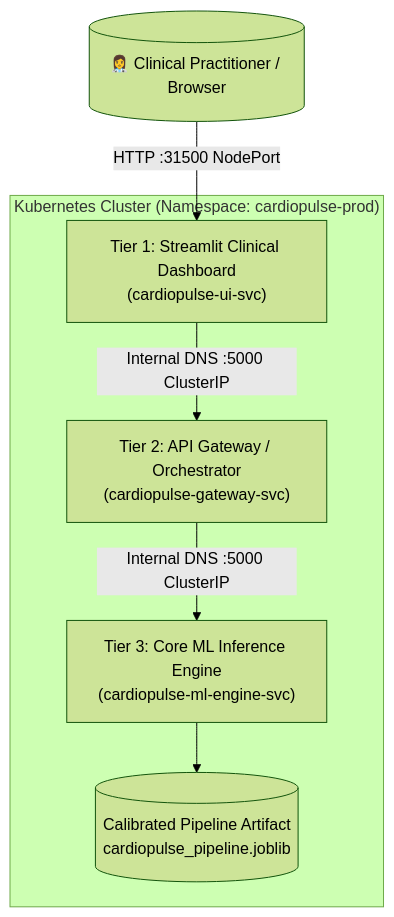
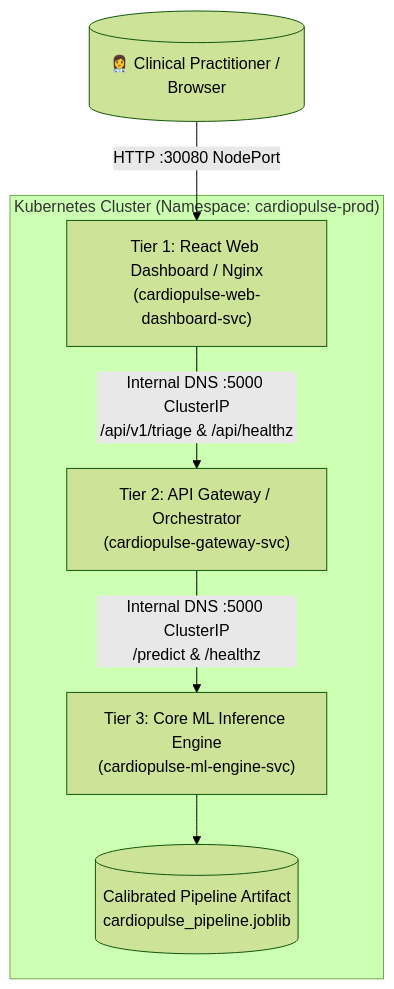
Before and after one commit to JayKalbi/CardioPulse-K8s: the diagram in README.md, drawn with Mermaid (forest theme). The commit also changed other lines of this file and 19 other files, not shown here.

Commit message:
docs: update README with React web dashboard, local dev instructions, and sync codebase

````diff
--- a/README.md
+++ b/README.md
@@ -23,11 +25,11 @@
 ```mermaid
 graph TD
-    Client[("👩‍⚕️ Clinical Practitioner / Browser")] -->|HTTP :31500 NodePort| UI["Tier 1: Streamlit Clinical Dashboard\n(cardiopulse-ui-svc)"]
+    Client[("👩‍⚕️ Clinical Practitioner / Browser")] -->|HTTP :30080 NodePort| UI["Tier 1: React Web Dashboard / Nginx\n(cardiopulse-web-dashboard-svc)"]
     
     subgraph "Kubernetes Cluster (Namespace: cardiopulse-prod)"
-        UI -->|Internal DNS :5000 ClusterIP| Gateway["Tier 2: API Gateway / Orchestrator\n(cardiopulse-gateway-svc)"]
-        Gateway -->|Internal DNS :5000 ClusterIP| MLEngine["Tier 3: Core ML Inference Engine\n(cardiopulse-ml-engine-svc)"]
+        UI -->|Internal DNS :5000 ClusterIP\n/api/v1/triage & /api/healthz| Gateway["Tier 2: API Gateway / Orchestrator\n(cardiopulse-gateway-svc)"]
+        Gateway -->|Internal DNS :5000 ClusterIP\n/predict & /healthz| MLEngine["Tier 3: Core ML Inference Engine\n(cardiopulse-ml-engine-svc)"]
         
         MLEngine --> Artifacts[("Calibrated Pipeline Artifact\ncardiopulse_pipeline.joblib")]
     end
 ```
````
